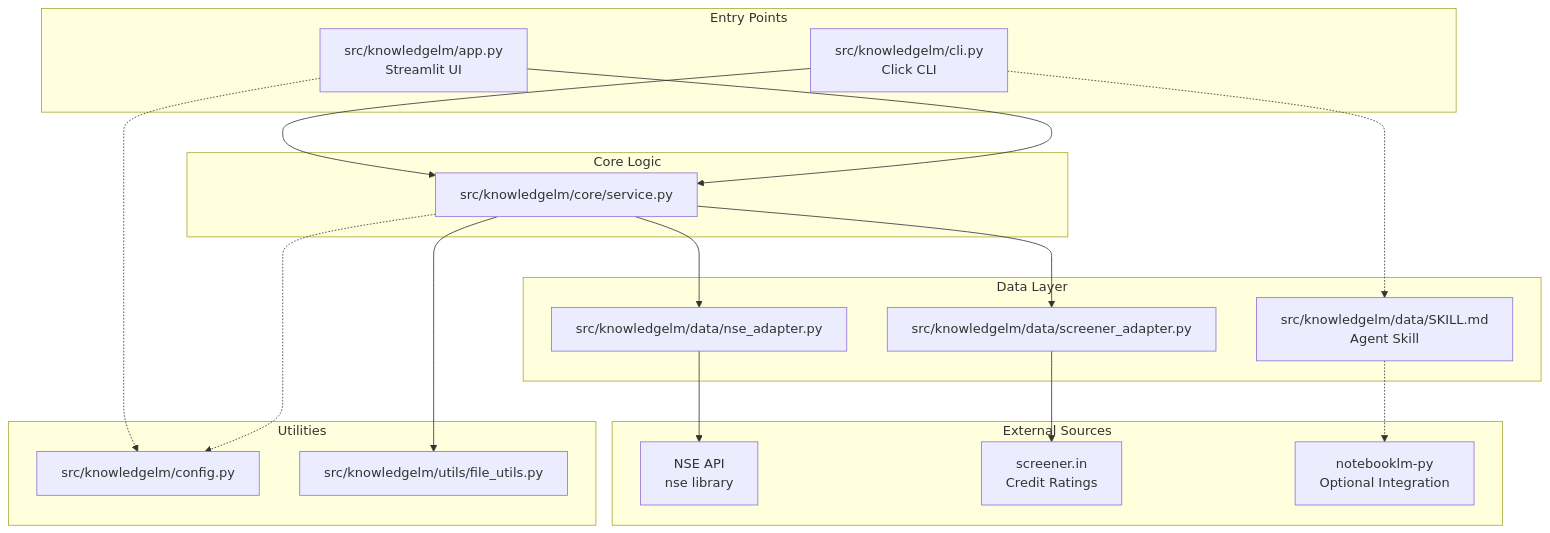
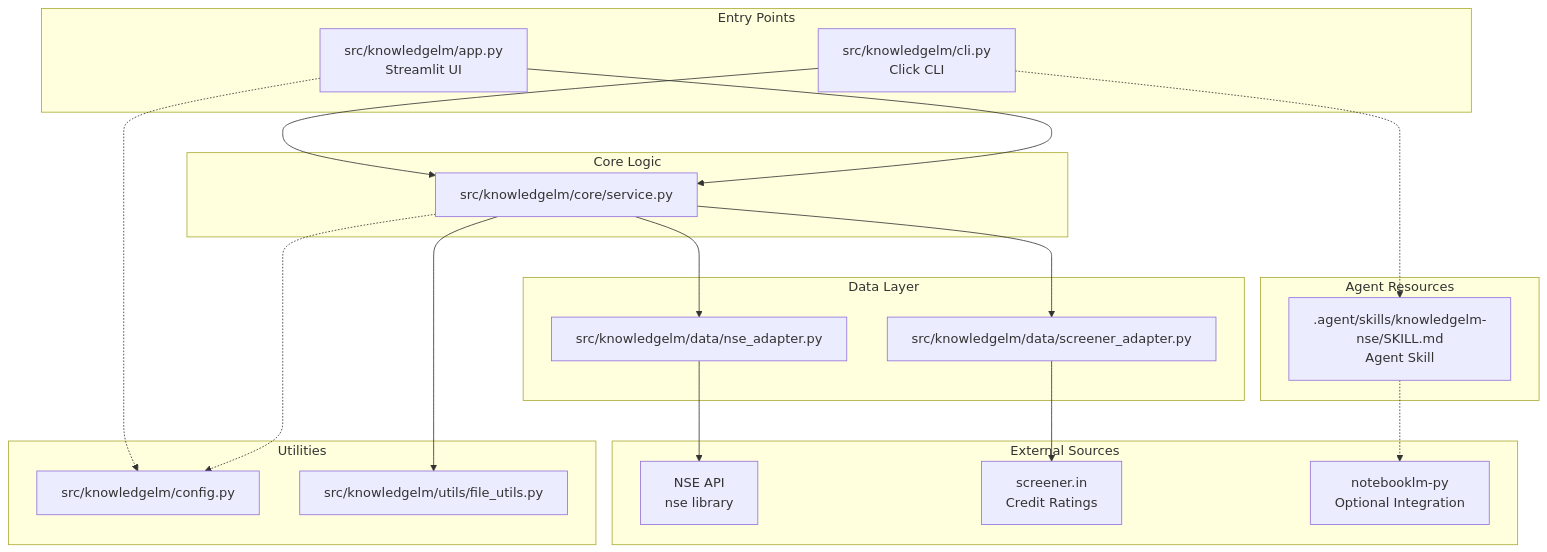
One commit to eggmasonvalue/KnowledgeLM changed the first of 2 diagrams in .context/ARCHITECTURE.md. Above: the diagram before and after it, drawn with Mermaid. The commit also changed other lines of this file and 11 other files, not shown here.

````diff
--- a/.context/ARCHITECTURE.md
+++ b/.context/ARCHITECTURE.md
@@ -5,40 +5,43 @@
 ```mermaid
 graph TD
     subgraph Entry["Entry Points"]
         CLI[src/knowledgelm/cli.py<br/>Click CLI]
         APP[src/knowledgelm/app.py<br/>Streamlit UI]
     end
     
     subgraph Logic["Core Logic"]
         SRV[src/knowledgelm/core/service.py]
     end
     
     subgraph Data["Data Layer"]
         NSE_ADPT[src/knowledgelm/data/nse_adapter.py]
         SCR_ADPT[src/knowledgelm/data/screener_adapter.py]
-        SKILL[src/knowledgelm/data/SKILL.md<br/>Agent Skill]
+    end
+    
+    subgraph Agent["Agent Resources"]
+        SKILL[.agent/skills/knowledgelm-nse/SKILL.md<br/>Agent Skill]
     end
     
     subgraph Utils["Utilities"]
         CONF[src/knowledgelm/config.py]
         F_UTIL[src/knowledgelm/utils/file_utils.py]
     end
     
     subgraph External["External Sources"]
         NSE_LIB[NSE API<br/>nse library]
         SCR_WEB[screener.in<br/>Credit Ratings]
         NLMPY[notebooklm-py<br/>Optional Integration]
     end
     
     CLI --> SRV
     APP --> SRV
     SRV --> NSE_ADPT
     SRV --> SCR_ADPT
     SRV --> F_UTIL
     NSE_ADPT --> NSE_LIB
     SCR_ADPT --> SCR_WEB
     CLI .-> SKILL
     SKILL .-> NLMPY
     APP ..-> CONF
     SRV ..-> CONF
 ```
````
